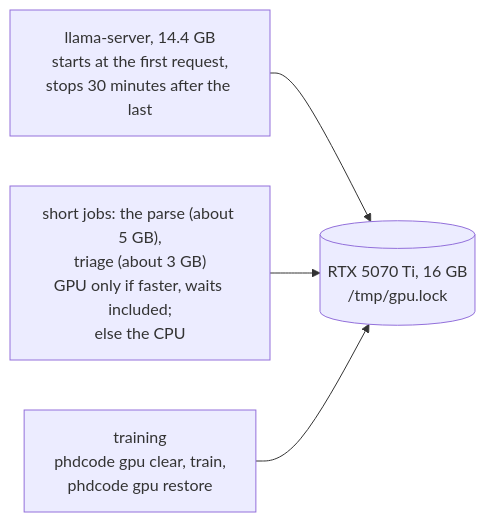
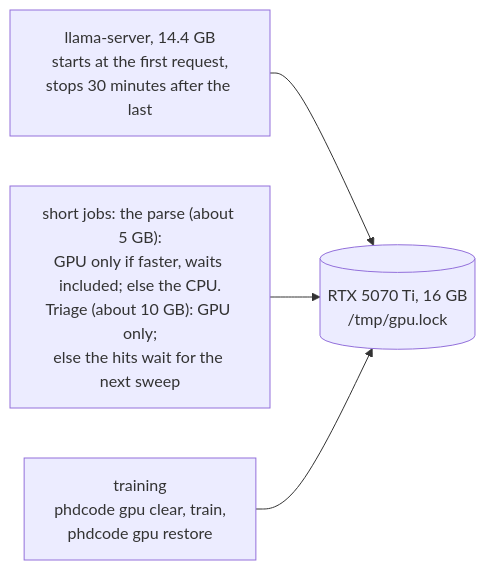
The sixth of 6 diagrams in docs/how-it-works.md (fuminaba/phdcode), drawn with Mermaid before and after one commit. The commit also changed other lines of this file and 4 other files, not shown here.

````diff
--- a/docs/how-it-works.md
+++ b/docs/how-it-works.md
@@ -157,6 +157,6 @@
 ```mermaid
 flowchart LR
   L["llama-server, 14.4 GB<br/>starts at the first request,<br/>stops 30 minutes after the last"] --> G[("RTX 5070 Ti, 16 GB<br/>/tmp/gpu.lock")]
-  J["short jobs: the parse (about 5 GB),<br/>triage (about 3 GB)<br/>GPU only if faster, waits included;<br/>else the CPU"] --> G
+  J["short jobs: the parse (about 5 GB):<br/>GPU only if faster, waits included; else the CPU.<br/>Triage (about 10 GB): GPU only;<br/>else the hits wait for the next sweep"] --> G
   TR["training<br/>phdcode gpu clear, train,<br/>phdcode gpu restore"] --> G
 ```
````
